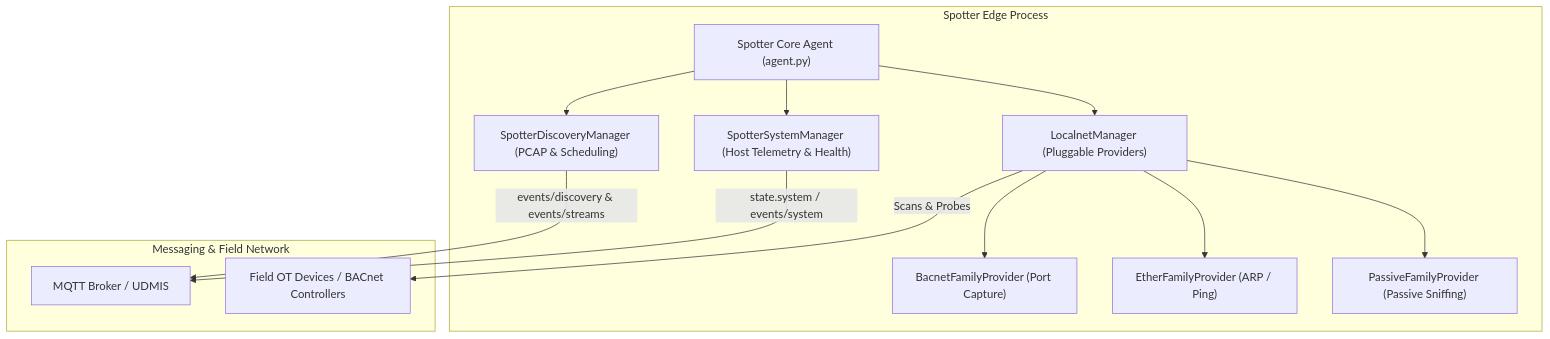
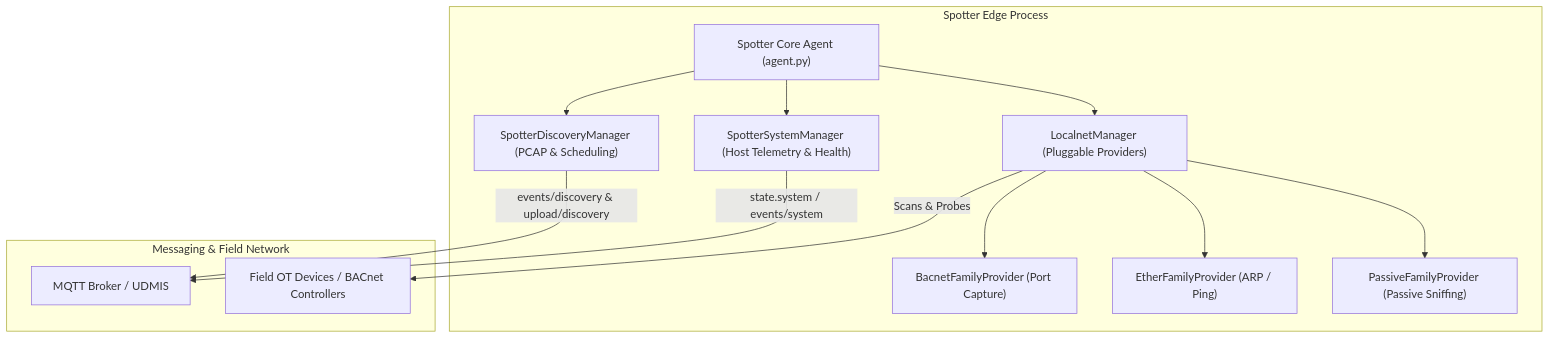
One commit to faucetsdn/udmi changed the diagram in docs/tools/spotter.md. Above: the diagram before and after it, drawn with Mermaid. The commit also changed other lines of this file and 81 other files, not shown here.

````diff
--- a/docs/tools/spotter.md
+++ b/docs/tools/spotter.md
@@ -24,30 +24,30 @@
 ```mermaid
 graph TD
     subgraph "Spotter Edge Process"
         AGENT["Spotter Core Agent (agent.py)"]
         SYS["SpotterSystemManager (Host Telemetry & Health)"]
         DISC["SpotterDiscoveryManager (PCAP & Scheduling)"]
         LOC["LocalnetManager (Pluggable Providers)"]
         
         BAC["BacnetFamilyProvider (Port Capture)"]
         ETH["EtherFamilyProvider (ARP / Ping)"]
         PAS["PassiveFamilyProvider (Passive Sniffing)"]
         
         AGENT --> SYS
         AGENT --> DISC
         AGENT --> LOC
         
         LOC --> BAC
         LOC --> ETH
         LOC --> PAS
     end
 
     subgraph "Messaging & Field Network"
         MB["MQTT Broker / UDMIS"]
         DEV["Field OT Devices / BACnet Controllers"]
     end
 
     SYS -->|"state.system / events/system"| MB
-    DISC -->|"events/discovery & events/streams"| MB
+    DISC -->|"events/discovery & upload/discovery"| MB
     LOC -->|"Scans & Probes"| DEV
 ```
````
